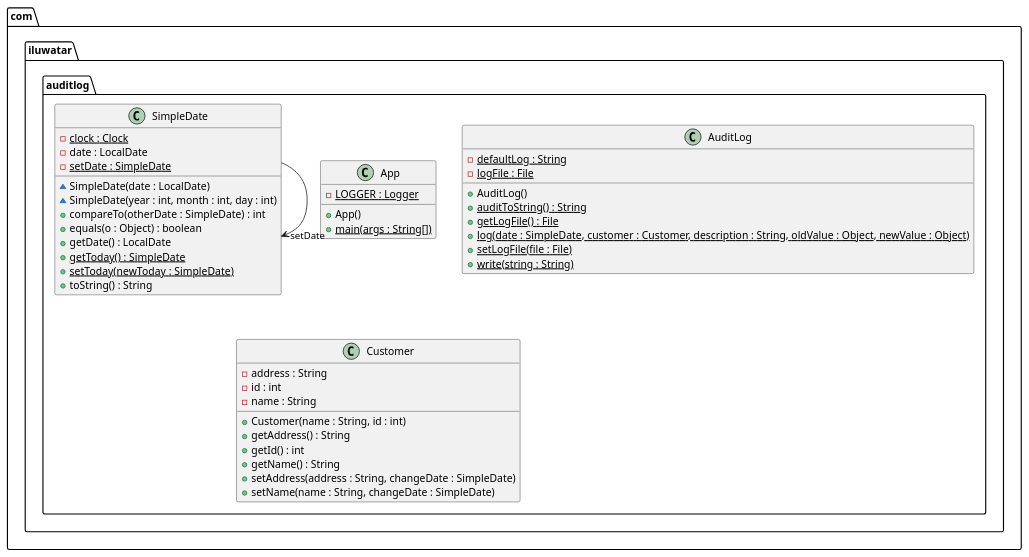
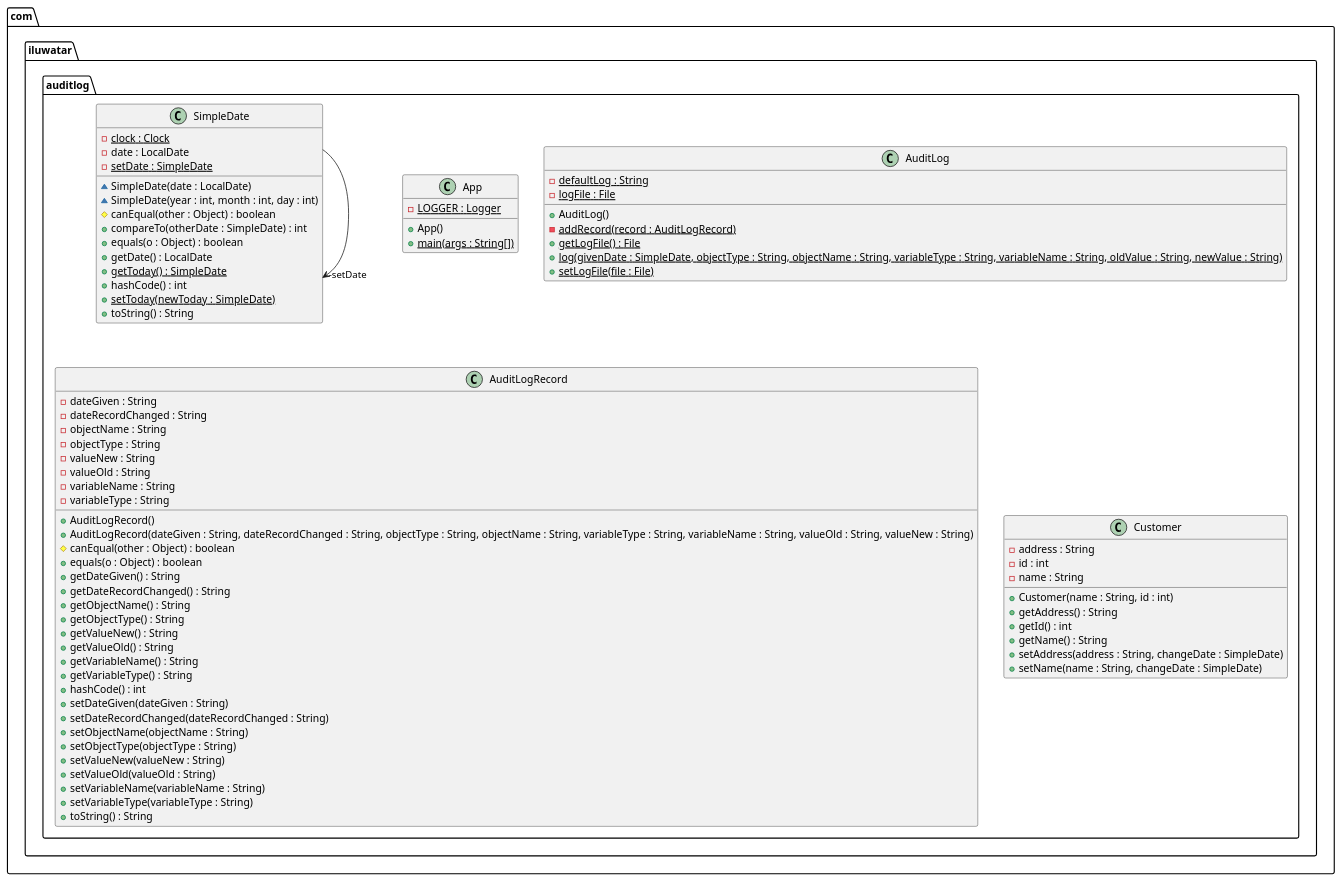
Before and after one commit to iluwatar/java-design-patterns: the diagram in audit-log/etc/audit-log.urm.puml, drawn with PlantUML. The commit also changed 10 other files, not shown here.

Commit message:
#249 Generifying Audit Log

```diff
--- a/audit-log/etc/audit-log.urm.puml
+++ b/audit-log/etc/audit-log.urm.puml
@@ -1,44 +1,77 @@
 @startuml
 package com.iluwatar.auditlog {
   class App {
     - LOGGER : Logger {static}
     + App()
     + main(args : String[]) {static}
   }
   class AuditLog {
     - defaultLog : String {static}
     - logFile : File {static}
     + AuditLog()
-    + auditToString() : String {static}
+    - addRecord(record : AuditLogRecord) {static}
     + getLogFile() : File {static}
-    + log(date : SimpleDate, customer : Customer, description : String, oldValue : Object, newValue : Object) {static}
+    + log(givenDate : SimpleDate, objectType : String, objectName : String, variableType : String, variableName : String, oldValue : String, newValue : String) {static}
     + setLogFile(file : File) {static}
-    + write(string : String) {static}
+  }
+  class AuditLogRecord {
+    - dateGiven : String
+    - dateRecordChanged : String
+    - objectName : String
+    - objectType : String
+    - valueNew : String
+    - valueOld : String
+    - variableName : String
+    - variableType : String
+    + AuditLogRecord()
+    + AuditLogRecord(dateGiven : String, dateRecordChanged : String, objectType : String, objectName : String, variableType : String, variableName : String, valueOld : String, valueNew : String)
+    # canEqual(other : Object) : boolean
+    + equals(o : Object) : boolean
+    + getDateGiven() : String
+    + getDateRecordChanged() : String
+    + getObjectName() : String
+    + getObjectType() : String
+    + getValueNew() : String
+    + getValueOld() : String
+    + getVariableName() : String
+    + getVariableType() : String
+    + hashCode() : int
+    + setDateGiven(dateGiven : String)
+    + setDateRecordChanged(dateRecordChanged : String)
+    + setObjectName(objectName : String)
+    + setObjectType(objectType : String)
+    + setValueNew(valueNew : String)
+    + setValueOld(valueOld : String)
+    + setVariableName(variableName : String)
+    + setVariableType(variableType : String)
+    + toString() : String
   }
   class Customer {
     - address : String
     - id : int
     - name : String
     + Customer(name : String, id : int)
     + getAddress() : String
     + getId() : int
     + getName() : String
     + setAddress(address : String, changeDate : SimpleDate)
     + setName(name : String, changeDate : SimpleDate)
   }
   class SimpleDate {
     - clock : Clock {static}
     - date : LocalDate
     - setDate : SimpleDate {static}
     ~ SimpleDate(date : LocalDate)
     ~ SimpleDate(year : int, month : int, day : int)
+    # canEqual(other : Object) : boolean
     + compareTo(otherDate : SimpleDate) : int
     + equals(o : Object) : boolean
     + getDate() : LocalDate
     + getToday() : SimpleDate {static}
+    + hashCode() : int
     + setToday(newToday : SimpleDate) {static}
     + toString() : String
   }
 }
 SimpleDate -->  "-setDate" SimpleDate
 @enduml
```
